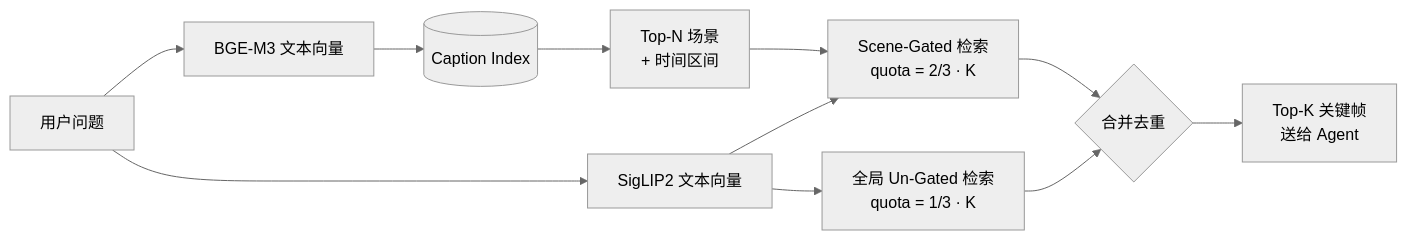
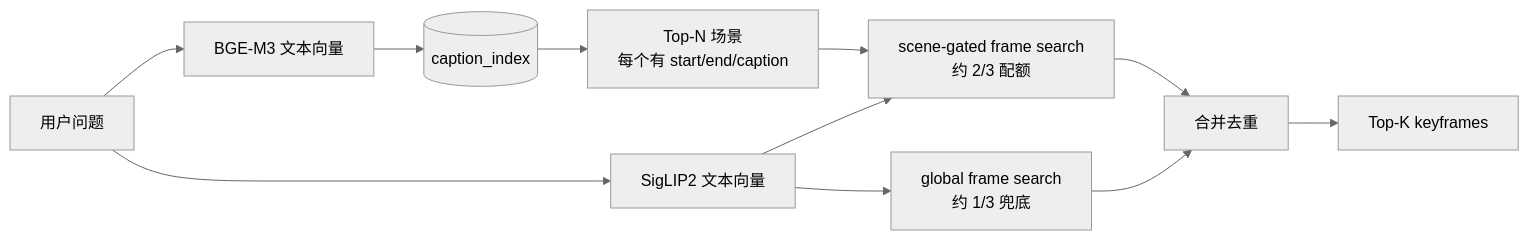
Before and after one commit to MichaelSou1/reading-not-reasoning: the second of 3 diagrams in README.md, drawn with Mermaid (neutral theme). The commit also changed other lines of this file and 9 other files, not shown here.

````diff
--- a/README.md
+++ b/README.md
@@ -109,13 +196,14 @@
 ```mermaid
 flowchart LR
-    Q[用户问题] --> BGEQ[BGE-M3 文本向量]
-    BGEQ --> CIDX[(Caption Index)]
-    CIDX --> SCENES[Top-N 场景<br/>+ 时间区间]
-    Q --> SIGQ[SigLIP2 文本向量]
-    SIGQ --> SCENED[Scene-Gated 检索<br/>quota = 2/3 · K]
-    SIGQ --> GLOBAL[全局 Un-Gated 检索<br/>quota = 1/3 · K]
-    SCENES --> SCENED
-    SCENED --> MERGE{合并去重}
-    GLOBAL --> MERGE
-    MERGE --> TOPK[Top-K 关键帧<br/>送给 Agent]
+    Q["用户问题"] --> BGEQ["BGE-M3 文本向量"]
+    BGEQ --> CIDX[("caption_index")]
+    CIDX --> Scenes["Top-N 场景<br/>每个有 start/end/caption"]
+
+    Q --> SIGQ["SigLIP2 文本向量"]
+    Scenes --> Gated["scene-gated frame search<br/>约 2/3 配额"]
+    SIGQ --> Gated
+    SIGQ --> Global["global frame search<br/>约 1/3 兜底"]
+    Gated --> Merge["合并去重"]
+    Global --> Merge
+    Merge --> Frames["Top-K keyframes"]
 ```
````
